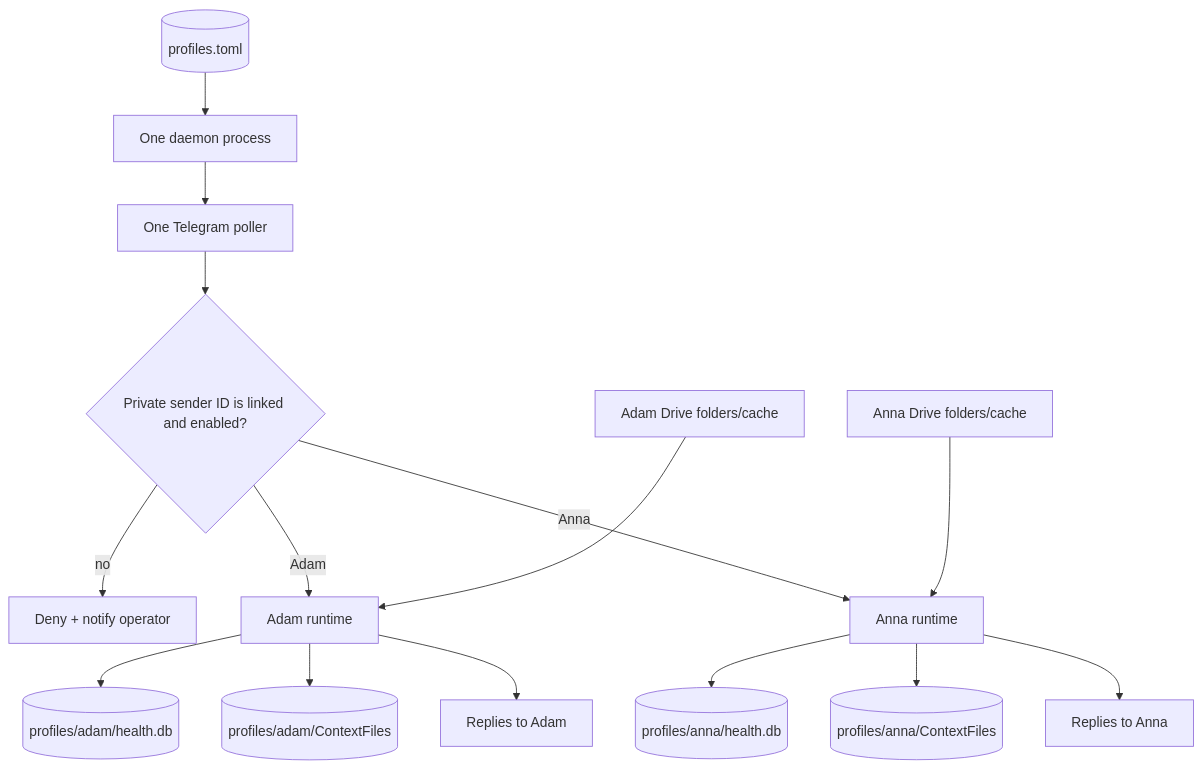
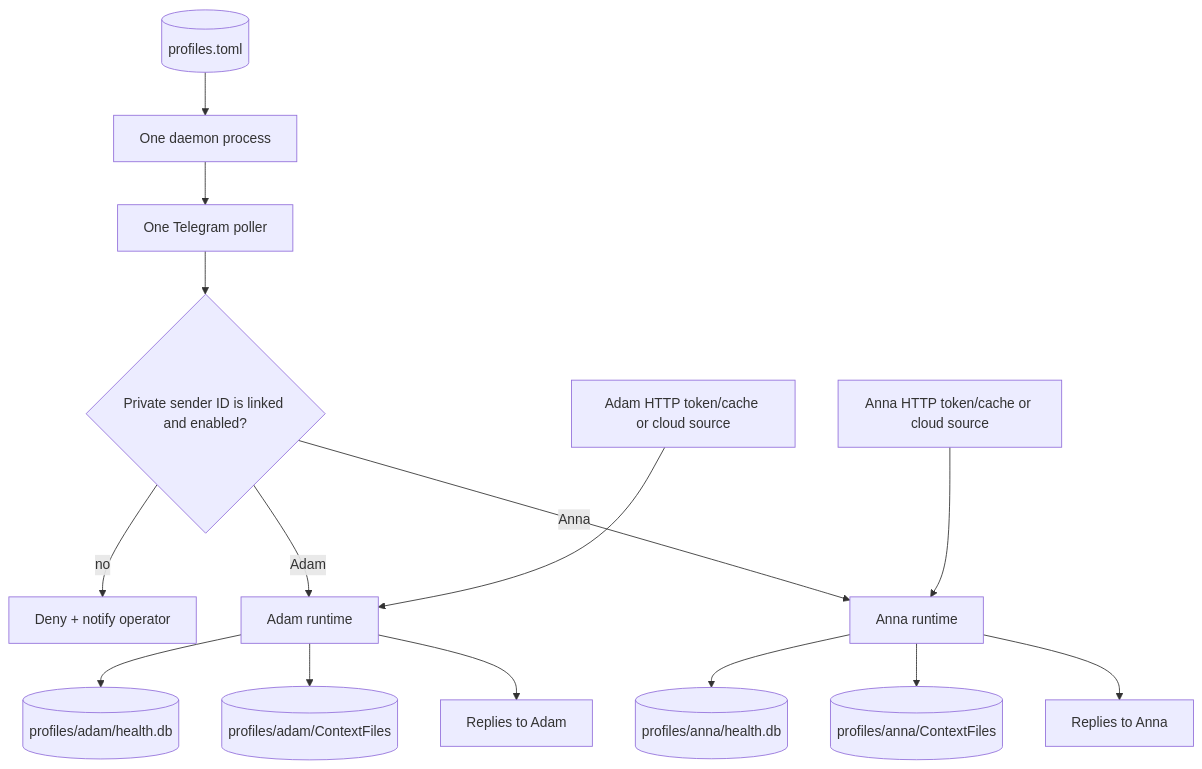
The second of 8 diagrams in docs/user-flow.md (Alchemication/zdrowskit), drawn with Mermaid before and after one commit. The commit also changed other lines of this file and 25 other files, not shown here.

````diff
--- a/docs/user-flow.md
+++ b/docs/user-flow.md
@@ -59,33 +66,33 @@
 ```mermaid
 flowchart TD
     roster[(profiles.toml)]
     daemon["One daemon process"]
     poller["One Telegram poller"]
     route{"Private sender ID is linked and enabled?"}
     deny["Deny + notify operator"]
     adam["Adam runtime"]
     anna["Anna runtime"]
     adamDb[(profiles/adam/health.db)]
     annaDb[(profiles/anna/health.db)]
     adamContext[(profiles/adam/ContextFiles)]
     annaContext[(profiles/anna/ContextFiles)]
-    adamDrive["Adam Drive folders/cache"]
-    annaDrive["Anna Drive folders/cache"]
+    adamInput["Adam HTTP token/cache or cloud source"]
+    annaInput["Anna HTTP token/cache or cloud source"]
     adamTelegram["Replies to Adam"]
     annaTelegram["Replies to Anna"]
 
     roster --> daemon
     daemon --> poller
     poller --> route
     route -- no --> deny
     route -- Adam --> adam
     route -- Anna --> anna
-    adamDrive --> adam
-    annaDrive --> anna
+    adamInput --> adam
+    annaInput --> anna
     adam --> adamDb
     adam --> adamContext
     adam --> adamTelegram
     anna --> annaDb
     anna --> annaContext
     anna --> annaTelegram
 ```
````
